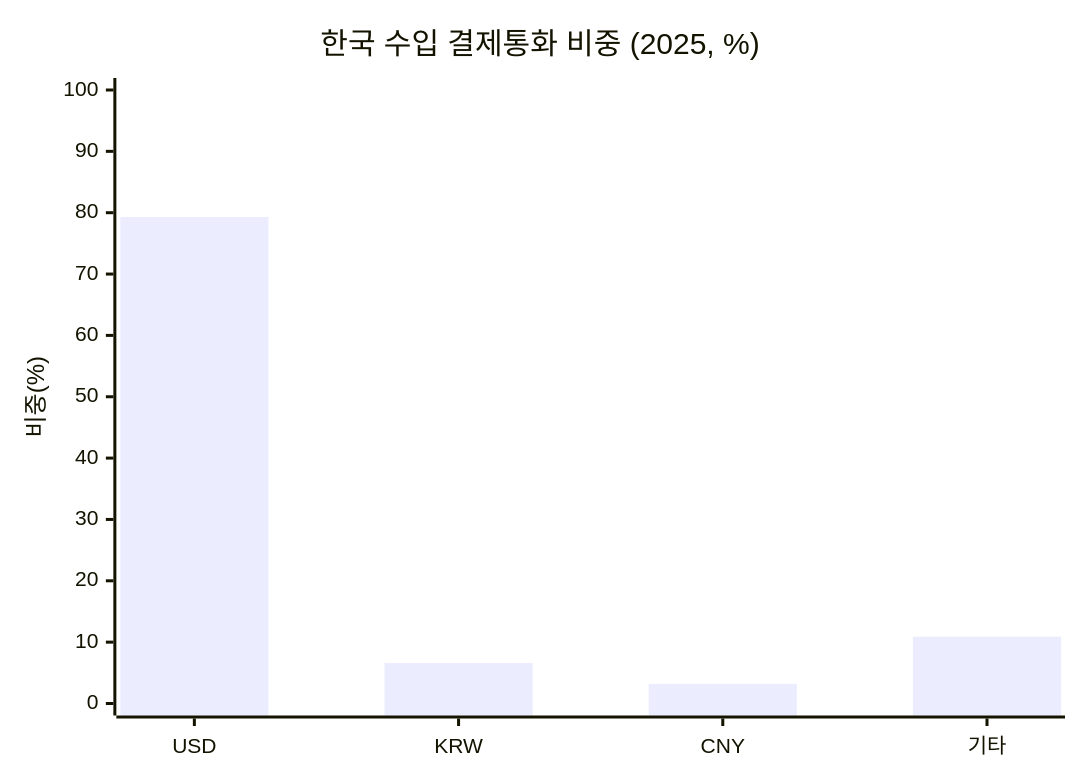
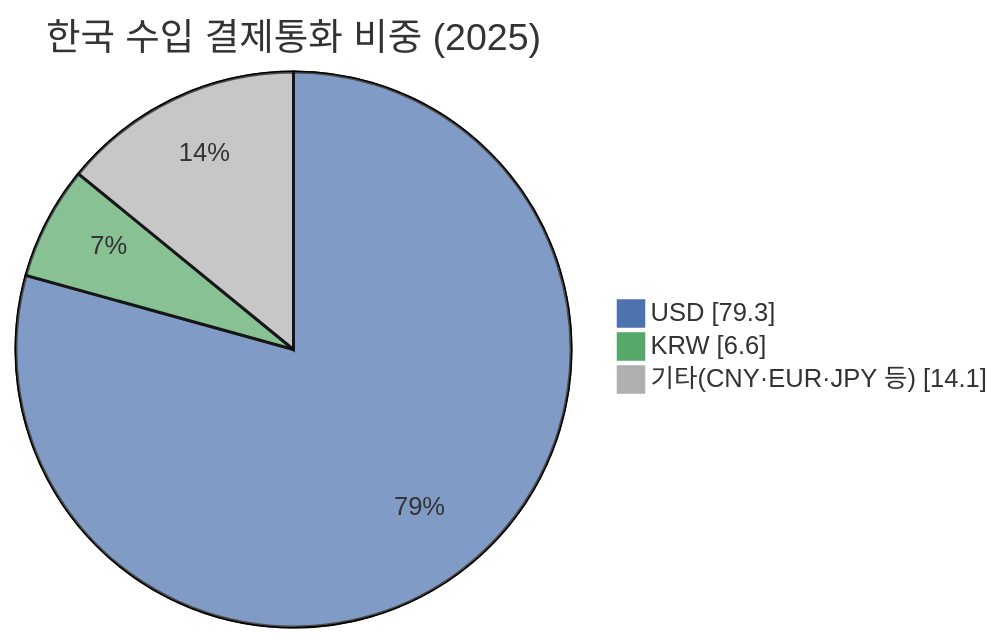
One commit to jennie-brain/business-analysis-frameworks changed the second of 8 diagrams in 04_TAM-SAM-SOM_마켓세그먼트/05_5단계_정량적검증.md. Above: the diagram before and after it, drawn with Mermaid. The commit also changed other lines of this file and 1 other file, not shown here.

````diff
--- a/04_TAM-SAM-SOM_마켓세그먼트/05_5단계_정량적검증.md
+++ b/04_TAM-SAM-SOM_마켓세그먼트/05_5단계_정량적검증.md
@@ -39,7 +49,8 @@
 ```mermaid
-xychart-beta
-    title "한국 수입 결제통화 비중 (2025, %)"
-    x-axis ["USD", "KRW", "CNY", "기타"]
-    y-axis "비중(%)" 0 --> 100
-    bar [79.3, 6.6, 3.2, 10.9]
+%%{init: {"theme": "base", "themeVariables": {"pieOuterStrokeWidth": "1px", "pie1": "#4C72B0", "pie2": "#55A868", "pie3": "#B0B0B0"}}}%%
+pie showData
+    title 한국 수입 결제통화 비중 (2025)
+    "USD" : 79.3
+    "KRW" : 6.6
+    "기타(CNY·EUR·JPY 등)" : 14.1
 ```
````
